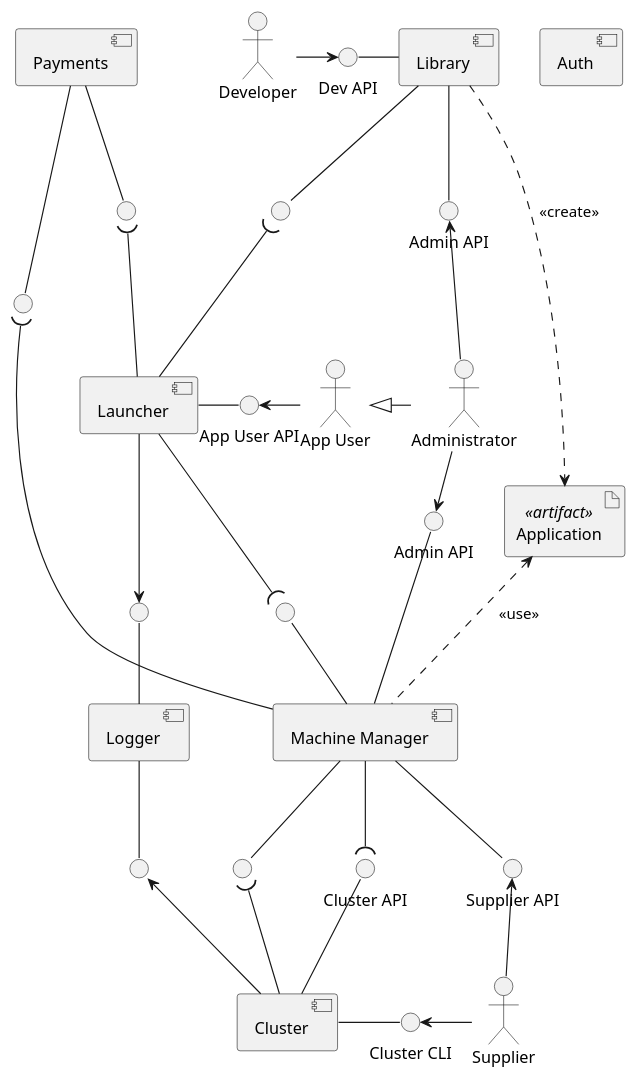
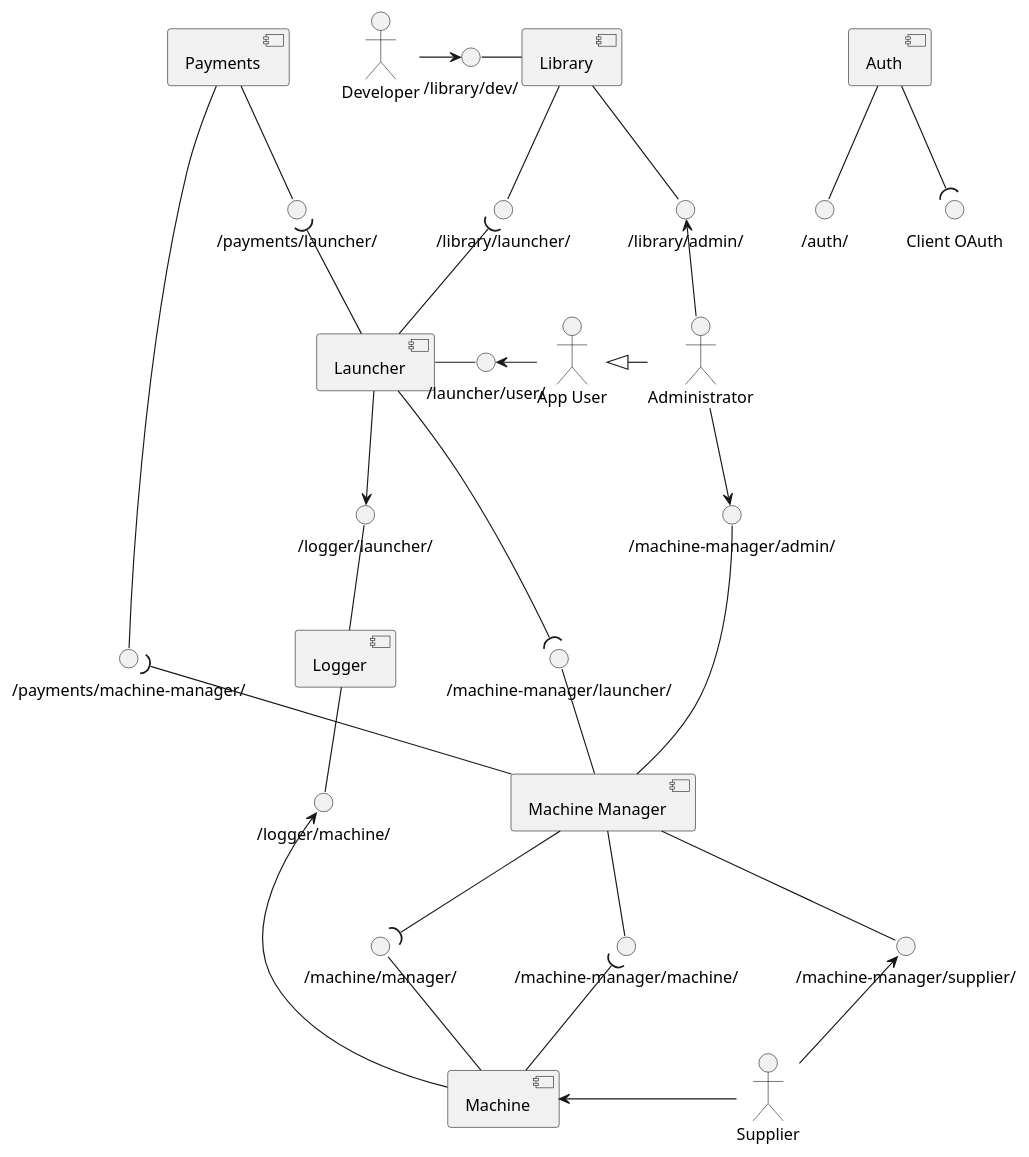
The diagram in components/components.puml (cetlinB/docs), drawn with PlantUML before and after one commit. The commit also changed 6 other files, not shown here.

```diff
--- a/components/components.puml
+++ b/components/components.puml
@@ -1,83 +1,81 @@
 @startuml
 
 skinparam componentStyle uml2
 
 skinparam actor {
     BackgroundColor<<Machine>> Brown
 }
 
 actor "App User" as AU
 actor Developer as AD
 actor Supplier as AS
 actor Administrator as AA
 
 AA -le-|> AU
 
 component Launcher as CLa
 component Library as CLi
 component Logger as CLo
 component "Machine Manager" as CM
 component Payments as CP
-component Cluster as CC
+component Machine as CMa
 component Auth as CA
 
-interface " " as ICLoCLa
-interface " " as ICLoCC
-interface " " as ICMAC
-interface "Admin API" as ICLiAA
-interface "Admin API" as ICMAA
-interface " " as ICMCLa
-interface " " as ICLiCLa
-interface " " as ICPCLa
-interface " " as ICPCM
-interface "Dev API" as ICLiAD
-interface "Supplier API" as ICMAS
-interface "App User API" as ICLaAU
-interface "Cluster API" as ICCCM
-interface "Cluster CLI" as ICCAS
+interface "/auth/" as ICA
+interface "Client OAuth" as ICAOther
+interface "/logger/launcher/" as ICLoCLa
+interface "/logger/machine/" as ICLoCMa
+interface "/machine-manager/machine/" as ICMCMa
+interface "/library/admin/" as ICLiAA
+interface "/machine-manager/admin/" as ICMAA
+interface "/machine-manager/launcher/" as ICMCLa
+interface "/library/launcher/" as ICLiCLa
+interface "/payments/launcher/" as ICPCLa
+interface "/payments/machine-manager/" as ICPCM
+interface "/library/dev/" as ICLiAD
+interface "/machine-manager/supplier/" as ICMAS
+interface "/launcher/user/" as ICLaAU
+interface "/machine/manager/" as ICMaCM
 
-artifact "Application" as ArApp <<artifact>>
+CA -do- ICA
+CA -do-( ICAOther
 
 AD -ri-> ICLiAD
 ICLiAD -ri- CLi
 
 AS -up-> ICMAS
 ICMAS -up- CM
 
 AU -le-> ICLaAU
 ICLaAU -le- CLa
 
 CLi -do- ICLiCLa
 ICLiCLa )-do- CLa
 
 CLa -do-( ICMCLa
 ICMCLa -do- CM
 
-CM -do- ICMAC
-ICMAC )-do- CC
-CM -do-( ICCCM
-ICCCM -do- CC
+CM -do- ICMCMa
+ICMCMa )-do- CMa
+CM -do-( ICMaCM
+ICMaCM -do- CMa
 
-CC -ri- ICCAS
-ICCAS <-ri- AS
-
-CLi .do.> ArApp : <<create>>
-CM .up.> ArApp : <<use>>
+CMa <-ri- AS
 
 CLi -do- ICLiAA
 AA -up-> ICLiAA
-CM -up- ICMAA
-AA -ri-> ICMAA
+CM --up- ICMAA
+AA -do-> ICMAA
 
 CP -do- ICPCLa
 ICPCLa )-do- CLa
 
 CP -do- ICPCM
 CM -up-( ICPCM
 
 CLa -do-> ICLoCLa
 ICLoCLa -do- CLo
-CLo -do- ICLoCC
-ICLoCC <-do- CC
+CLo -do- ICLoCMa
+ICLoCMa <-do- CMa
 
 @enduml
```
